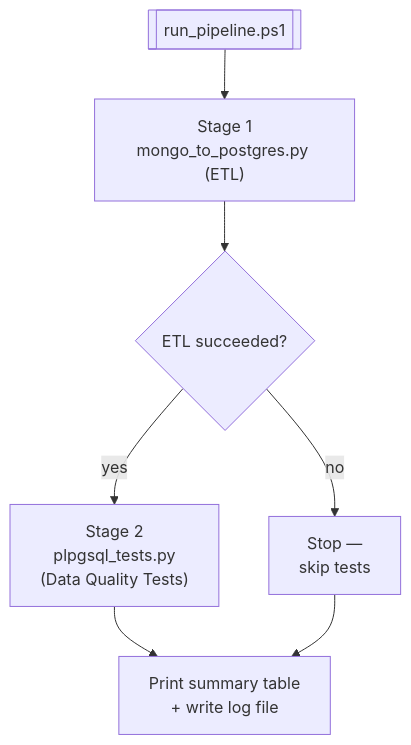
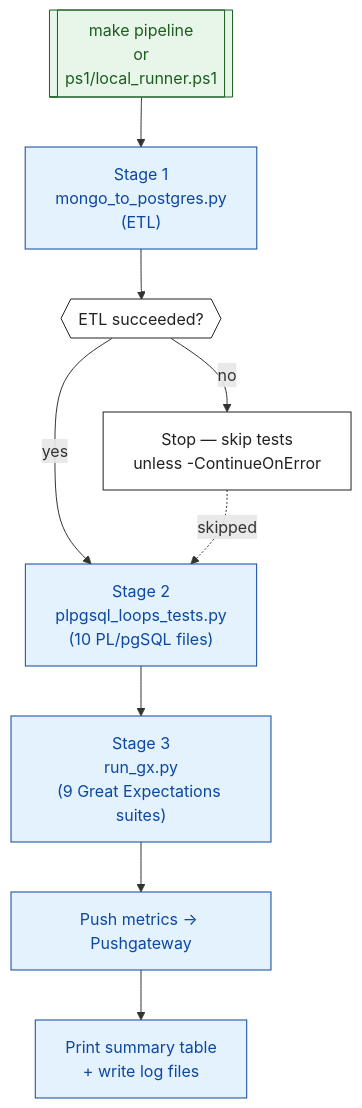
The fifth of 6 diagrams in docs/ARCHITECTURE.md (Nitinx12/Bike-Store-Relational-Database), drawn with Mermaid before and after one commit. The commit also changed other lines of this file and 7 other files, not shown here.

First line of the commit message:
docs: refresh all docs with colored Mermaid diagrams and fix paths

````diff
--- a/docs/ARCHITECTURE.md
+++ b/docs/ARCHITECTURE.md
@@ -78,9 +216,24 @@
 ```mermaid
 flowchart TD
-    A[["run_pipeline.ps1"]] --> B["Stage 1<br/>mongo_to_postgres.py (ETL)"]
-    B --> C{ETL succeeded?}
-    C -->|no| D["Stop —<br/>skip tests"]
-    C -->|yes| E["Stage 2<br/>plpgsql_tests.py<br/>(Data Quality Tests)"]
-    E --> F["Print summary table<br/>+ write log file"]
-    D --> F
+    classDef entry fill:#e8f5e9,stroke:#1b5e20,color:#1b5e20
+    classDef stage fill:#e3f2fd,stroke:#0d47a1,color:#0d47a1
+    classDef decision fill:#ffffff,stroke:#202124,color:#202124
+
+    A[["make pipeline<br/>or<br/>ps1/local_runner.ps1"]]:::entry
+    B["Stage 1<br/>mongo_to_postgres.py<br/>(ETL)"]:::stage
+    C{{"ETL succeeded?"}}:::decision
+    D["Stop — skip tests<br/>unless -ContinueOnError"]:::decision
+    E["Stage 2<br/>plpgsql_loops_tests.py<br/>(10 PL/pgSQL files)"]:::stage
+    F["Stage 3<br/>run_gx.py<br/>(9 Great Expectations suites)"]:::stage
+    G["Push metrics → Pushgateway"]:::stage
+    H["Print summary table<br/>+ write log files"]:::stage
+
+    A --> B
+    B --> C
+    C -->|no| D
+    C -->|yes| E
+    D -.->|skipped| E
+    E --> F
+    F --> G
+    G --> H
 ```
````
